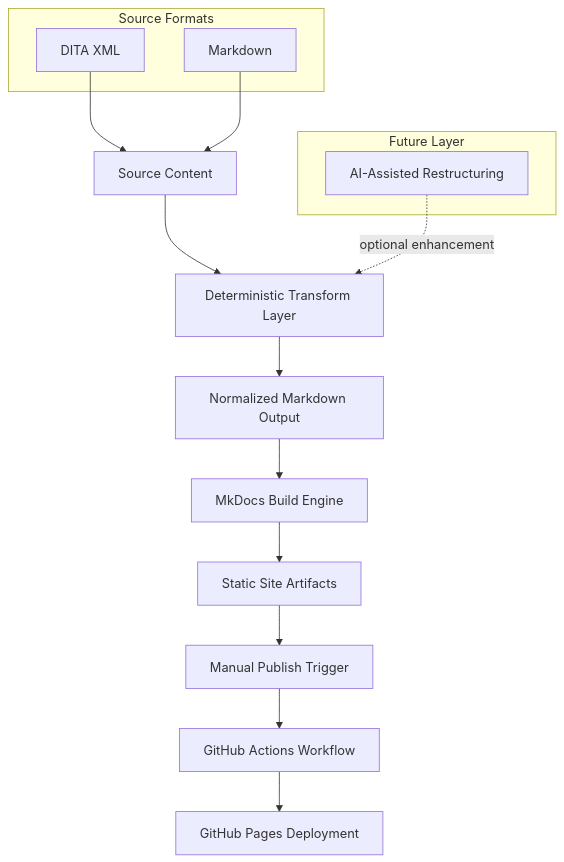
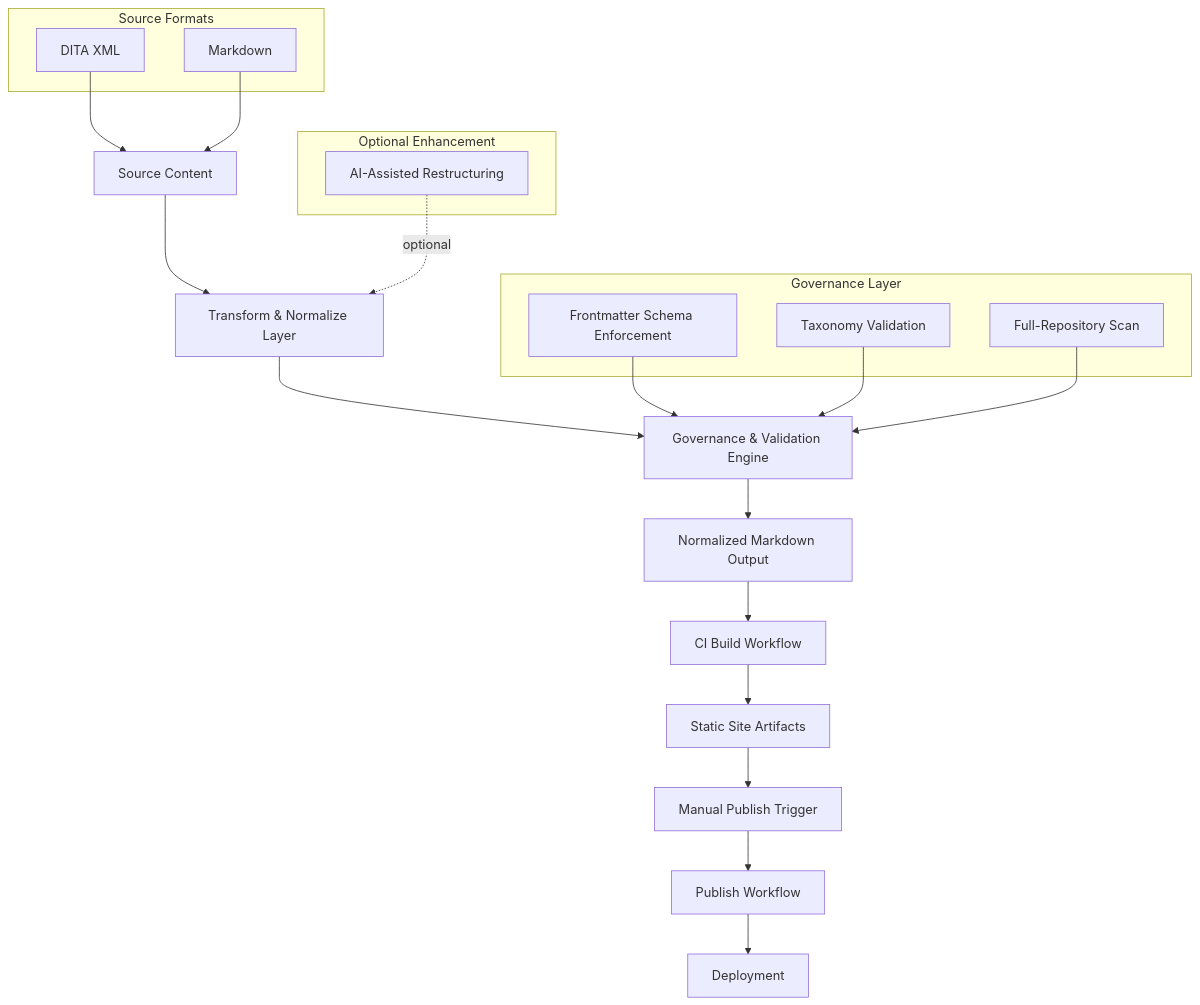
The diagram in source/architecture/platform-architecture.md (michael-taylor-docs-platform/documentation-platform), drawn with Mermaid before and after one commit. The commit also changed other lines of this file and 46 other files, not shown here.

````diff
--- a/source/architecture/platform-architecture.md
+++ b/source/architecture/platform-architecture.md
@@ -22,26 +46,38 @@
 ```mermaid
 graph TD
 
-    A[Source Content] --> B[Deterministic Transform Layer]
-    B --> C[Normalized Markdown Output]
-    C --> D[MkDocs Build Engine]
-    D --> E[Static Site Artifacts]
+    A[Source Content] --> B[Transform & Normalize Layer]
+    B --> C[Governance & Validation Engine]
+    C --> D[Normalized Markdown Output]
 
-    E --> F[Manual Publish Trigger]
-    F --> G[GitHub Actions Workflow]
-    G --> H[GitHub Pages Deployment]
+    D --> E[CI Build Workflow]
+    E --> F[Static Site Artifacts]
+
+    F --> G[Manual Publish Trigger]
+    G --> H[Publish Workflow]
+    H --> I[Deployment]
 
     subgraph Source Formats
         A1[DITA XML]
         A2[Markdown]
     end
 
     A1 --> A
     A2 --> A
 
-    subgraph Future Layer
+    subgraph Governance Layer
+        C1[Frontmatter Schema Enforcement]
+        C2[Taxonomy Validation]
+        C3[Full-Repository Scan]
+    end
+
+    C1 --> C
+    C2 --> C
+    C3 --> C
+
+    subgraph Optional Enhancement
         AI[AI-Assisted Restructuring]
     end
 
-    AI -. optional enhancement .-> B
+    AI -. optional .-> B
 ```
````
